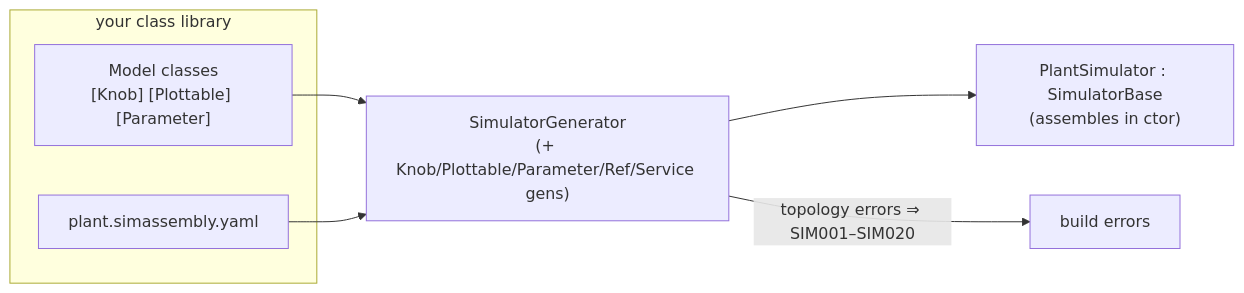
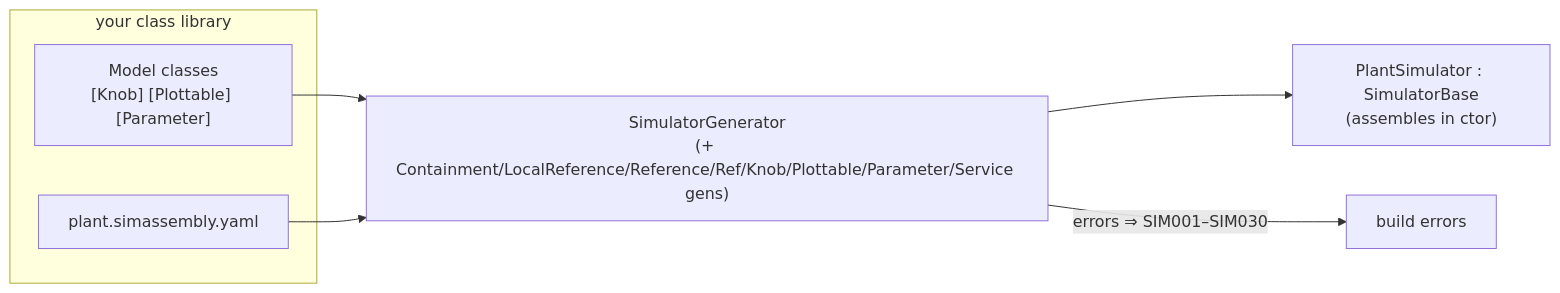
One commit to SimulaSharp-org/simulasharp-docs changed the third of 4 diagrams in public/content/big-picture.md. Above: the diagram before and after it, drawn with Mermaid. The commit also changed other lines of this file and 7 other files, not shown here.

````diff
--- a/public/content/big-picture.md
+++ b/public/content/big-picture.md
@@ -62,11 +68,11 @@
 ```mermaid
 flowchart LR
   subgraph src["your class library"]
     MODELS["Model classes<br/>[Knob] [Plottable] [Parameter]"]
     YAML["plant.simassembly.yaml"]
   end
   MODELS --> GEN
   YAML --> GEN
-  GEN["SimulatorGenerator<br/>(+ Knob/Plottable/Parameter/Ref/Service gens)"] --> OUT["PlantSimulator : SimulatorBase<br/>(assembles in ctor)"]
-  GEN -->|"topology errors ⇒ SIM001–SIM020"| ERR["build errors"]
+  GEN["SimulatorGenerator<br/>(+ Containment/LocalReference/Reference/Ref/Knob/Plottable/Parameter/Service gens)"] --> OUT["PlantSimulator : SimulatorBase<br/>(assembles in ctor)"]
+  GEN -->|"errors ⇒ SIM001–SIM030"| ERR["build errors"]
 ```
````
